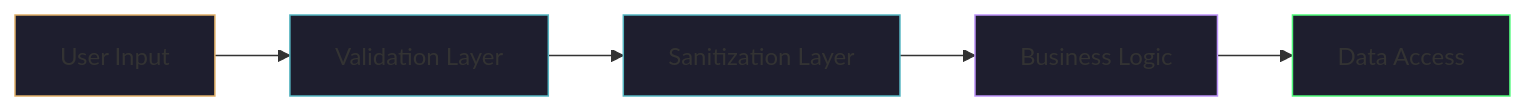
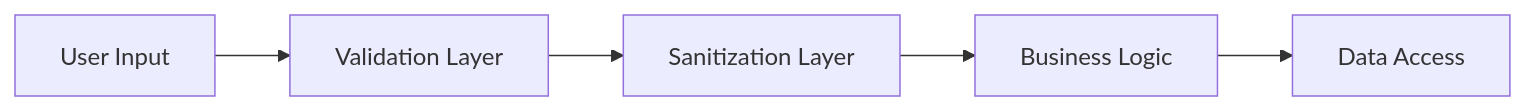
The first of 5 diagrams in content/log/ARES/12-security-hardening-deep-dive.md (Timwood0x10/myblog), drawn with Mermaid before and after one commit. The commit also changed other lines of this file and 11 other files, not shown here.

Commit message:
refactor(theme): unify Mermaid chart theme styles

````diff
--- a/content/log/ARES/12-security-hardening-deep-dive.md
+++ b/content/log/ARES/12-security-hardening-deep-dive.md
@@ -70,13 +70,8 @@
 ```mermaid
 flowchart LR
     A["User Input"] --> B["Validation Layer"]
     B --> C["Sanitization Layer"]
     C --> D["Business Logic"]
     D --> E["Data Access"]
 
-    style A fill:#1e1e2e,stroke:#e0af68
-    style B fill:#1e1e2e,stroke:#56b6c2
-    style C fill:#1e1e2e,stroke:#56b6c2
-    style D fill:#1e1e2e,stroke:#bd93f9
-    style E fill:#1e1e2e,stroke:#50fa7b
 ```
````
